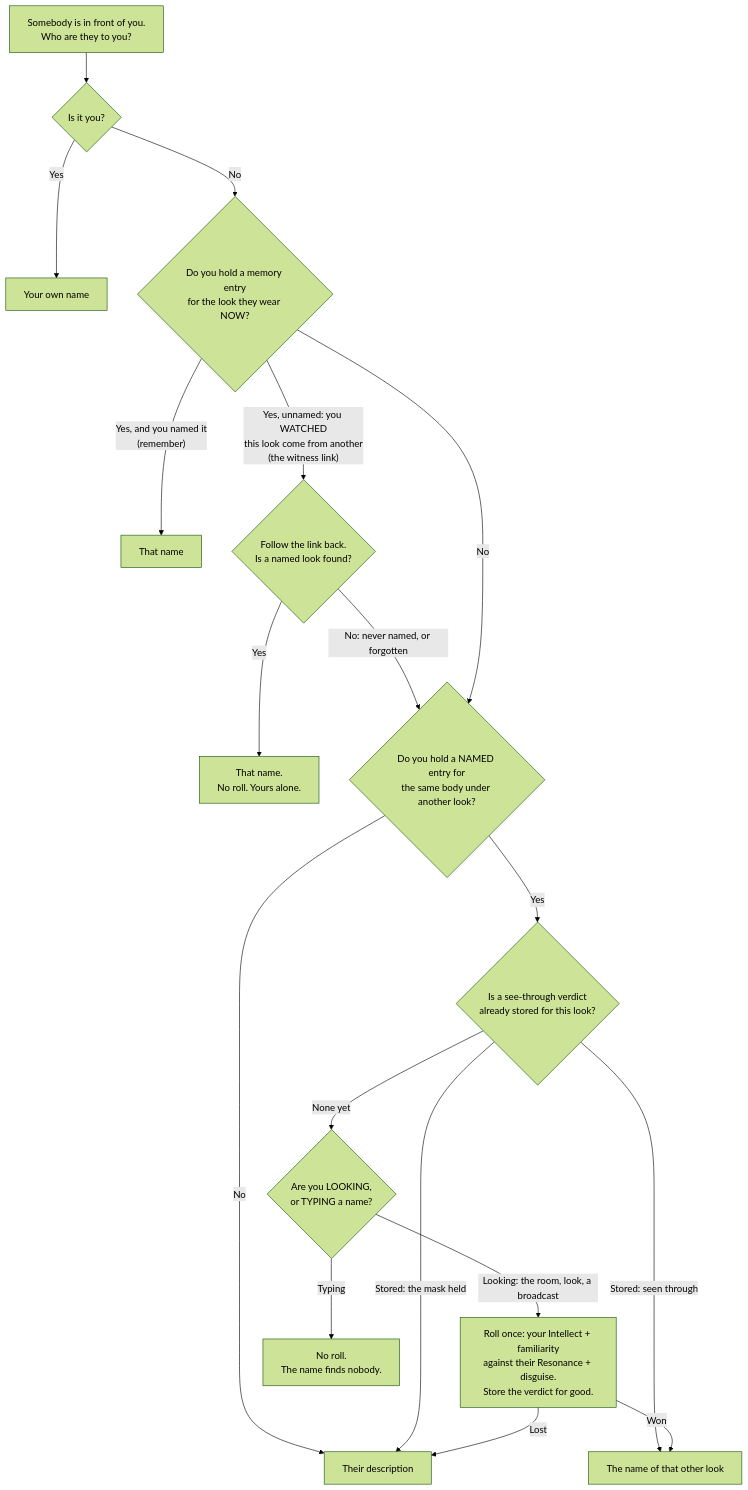
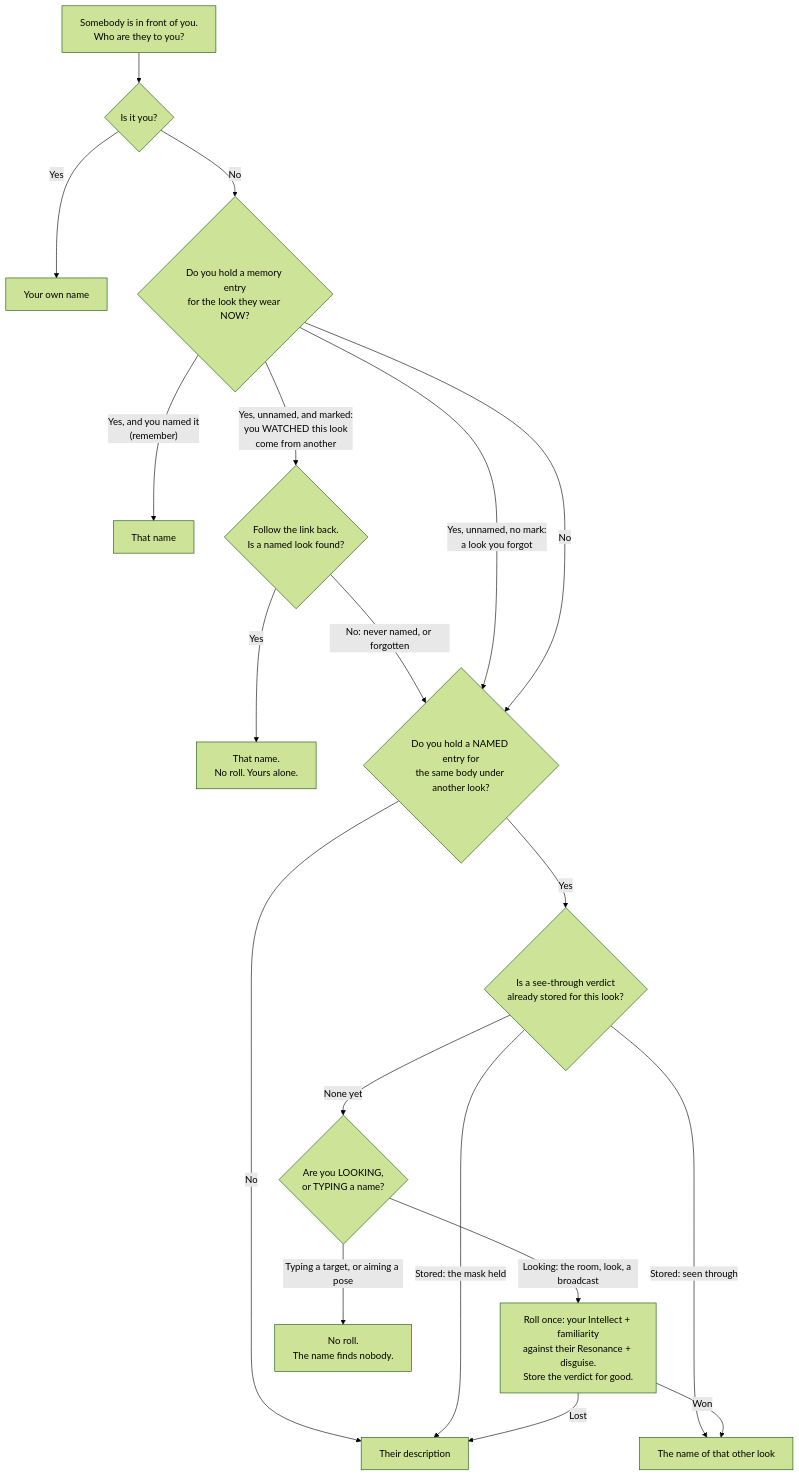
One commit to daiimus/gelatinous changed the third of 8 diagrams in specs/IDENTITY_RECOGNITION_SPEC.md. Above: the diagram before and after it, drawn with Mermaid (forest theme). The commit also changed other lines of this file and 5 other files, not shown here.

First line of the commit message:
Review round two: only a link somebody watched being made is read

````diff
--- a/specs/IDENTITY_RECOGNITION_SPEC.md
+++ b/specs/IDENTITY_RECOGNITION_SPEC.md
@@ -253,20 +253,21 @@
 ```mermaid
 flowchart TD
     Start["Somebody is in front of you.<br/>Who are they to you?"] --> Self{"Is it you?"}
     Self -->|Yes| Own["Your own name"]
     Self -->|No| Entry{"Do you hold a memory entry<br/>for the look they wear NOW?"}
     Entry -->|"Yes, and you named it<br/>(remember)"| Named["That name"]
-    Entry -->|"Yes, unnamed: you WATCHED<br/>this look come from another<br/>(the witness link)"| Link{"Follow the link back.<br/>Is a named look found?"}
+    Entry -->|"Yes, unnamed, and marked:<br/>you WATCHED this look<br/>come from another"| Link{"Follow the link back.<br/>Is a named look found?"}
     Link -->|Yes| Witness["That name.<br/>No roll. Yours alone."]
     Link -->|"No: never named, or forgotten"| Sleeve
+    Entry -->|"Yes, unnamed, no mark:<br/>a look you forgot"| Sleeve
     Entry -->|No| Sleeve{"Do you hold a NAMED entry for<br/>the same body under another look?"}
     Sleeve -->|No| Stranger["Their description"]
     Sleeve -->|Yes| Verdict{"Is a see-through verdict<br/>already stored for this look?"}
     Verdict -->|"Stored: seen through"| Pierced["The name of that other look"]
     Verdict -->|"Stored: the mask held"| Stranger
     Verdict -->|"None yet"| How{"Are you LOOKING,<br/>or TYPING a name?"}
     How -->|"Looking: the room, look, a broadcast"| Roll["Roll once: your Intellect + familiarity<br/>against their Resonance + disguise.<br/>Store the verdict for good."]
     Roll -->|Won| Pierced
     Roll -->|Lost| Stranger
-    How -->|Typing| NoRoll["No roll.<br/>The name finds nobody."]
+    How -->|"Typing a target, or aiming a pose"| NoRoll["No roll.<br/>The name finds nobody."]
 ```
````
